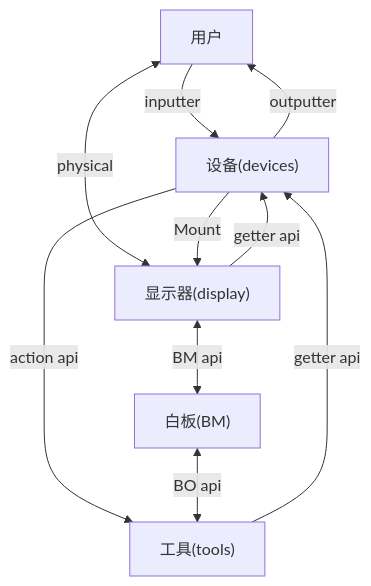
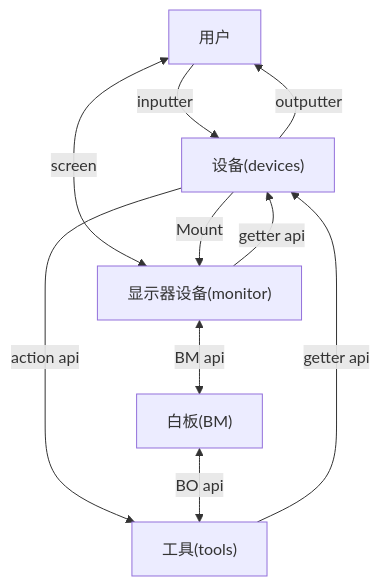
The fourth of 5 diagrams in src/core/devices/device-document.md (Frank-Steven/HoundWhiteboard), drawn with Mermaid before and after one commit. The commit also changed other lines of this file and 3 other files, not shown here.

````diff
--- a/src/core/devices/device-document.md
+++ b/src/core/devices/device-document.md
@@ -35,17 +86,17 @@
 ```mermaid
 graph TD
   A[用户]
-  B["显示器(display)"]
+  B["显示器设备(monitor)"]
   C["设备(devices)"]
   D["工具(tools)"]
   E["白板(BM)"]
   A-->|inputter|C
   C-->|outputter|A
-  A<-->|physical|B
+  A<-->|screen|B
   C-->|Mount|B
   B-->|getter api|C
   B<-->|BM api|E
   C-->|action api|D
   D-->|getter api|C
   E<-->|BO api|D
 ```
````
